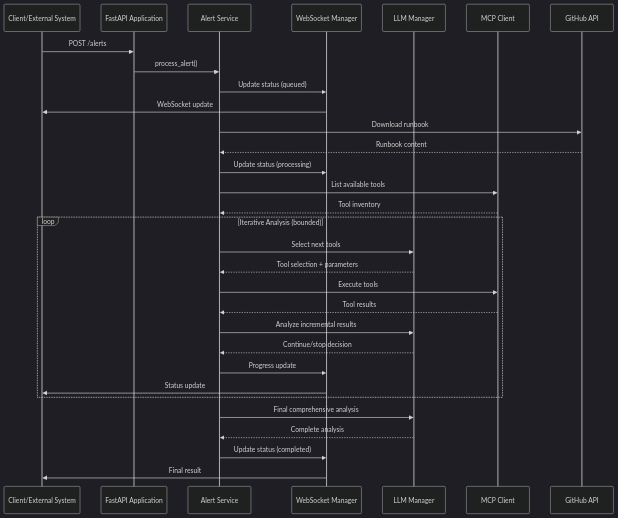
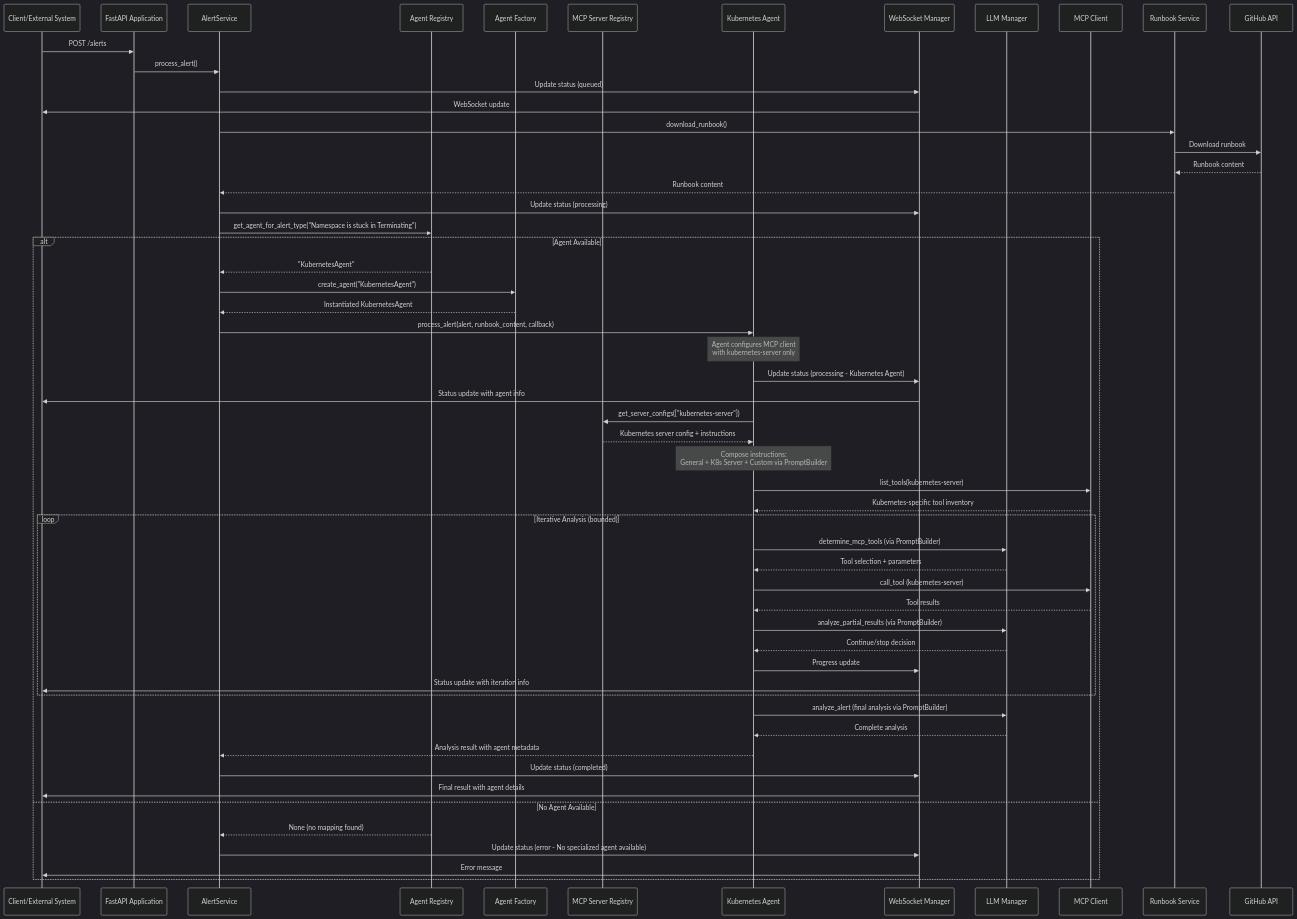
The second of 2 diagrams in docs/design.md (rsoaresd/tarsy-bot), drawn with Mermaid (dark theme) before and after one commit. The commit also changed other lines of this file and 30 other files, not shown here.

````diff
--- a/docs/design.md
+++ b/docs/design.md
@@ -318,38 +523,67 @@
 ```mermaid
 sequenceDiagram
     participant Client as Client/External System
     participant API as FastAPI Application
-    participant AS as Alert Service
+    participant AS as AlertService
+    participant AR as Agent Registry
+    participant AF as Agent Factory
+    participant MSR as MCP Server Registry
+    participant KA as Kubernetes Agent
     participant WS as WebSocket Manager
     participant LLM as LLM Manager
     participant MCP as MCP Client
+    participant RS as Runbook Service
     participant GitHub as GitHub API
     
     Client->>API: POST /alerts
     API->>AS: process_alert()
     AS->>WS: Update status (queued)
     WS->>Client: WebSocket update
     
-    AS->>GitHub: Download runbook
-    GitHub-->>AS: Runbook content
+    AS->>RS: download_runbook()
+    RS->>GitHub: Download runbook
+    GitHub-->>RS: Runbook content
+    RS-->>AS: Runbook content
     AS->>WS: Update status (processing)
     
-    AS->>MCP: List available tools
-    MCP-->>AS: Tool inventory
-    
-    loop Iterative Analysis (bounded)
-        AS->>LLM: Select next tools
-        LLM-->>AS: Tool selection + parameters
-        AS->>MCP: Execute tools
-        MCP-->>AS: Tool results
-        AS->>LLM: Analyze incremental results
-        LLM-->>AS: Continue/stop decision
-        AS->>WS: Progress update
-        WS->>Client: Status update
+    AS->>AR: get_agent_for_alert_type("Namespace is stuck in Terminating")
+    alt Agent Available
+        AR-->>AS: "KubernetesAgent"
+        AS->>AF: create_agent("KubernetesAgent")
+        AF-->>AS: Instantiated KubernetesAgent
+        
+        AS->>KA: process_alert(alert, runbook_content, callback)
+        Note over KA: Agent configures MCP client<br/>with kubernetes-server only
+        KA->>WS: Update status (processing - Kubernetes Agent)
+        WS->>Client: Status update with agent info
+        
+        KA->>MSR: get_server_configs(["kubernetes-server"])
+        MSR-->>KA: Kubernetes server config + instructions
+        
+        Note over KA: Compose instructions:<br/>General + K8s Server + Custom via PromptBuilder
+        
+        KA->>MCP: list_tools(kubernetes-server)
+        MCP-->>KA: Kubernetes-specific tool inventory
+        
+        loop Iterative Analysis (bounded)
+            KA->>LLM: determine_mcp_tools (via PromptBuilder)
+            LLM-->>KA: Tool selection + parameters
+            KA->>MCP: call_tool (kubernetes-server)
+            MCP-->>KA: Tool results
+            KA->>LLM: analyze_partial_results (via PromptBuilder)
+            LLM-->>KA: Continue/stop decision
+            KA->>WS: Progress update
+            WS->>Client: Status update with iteration info
+        end
+        
+        KA->>LLM: analyze_alert (final analysis via PromptBuilder)
+        LLM-->>KA: Complete analysis
+        KA-->>AS: Analysis result with agent metadata
+        AS->>WS: Update status (completed)
+        WS->>Client: Final result with agent details
+    else No Agent Available
+        AR-->>AS: None (no mapping found)
+        AS->>WS: Update status (error - No specialized agent available)
+        WS->>Client: Error message
     end
-    
-    AS->>LLM: Final comprehensive analysis
-    LLM-->>AS: Complete analysis
-    AS->>WS: Update status (completed)
-    WS->>Client: Final result
 ```
````
